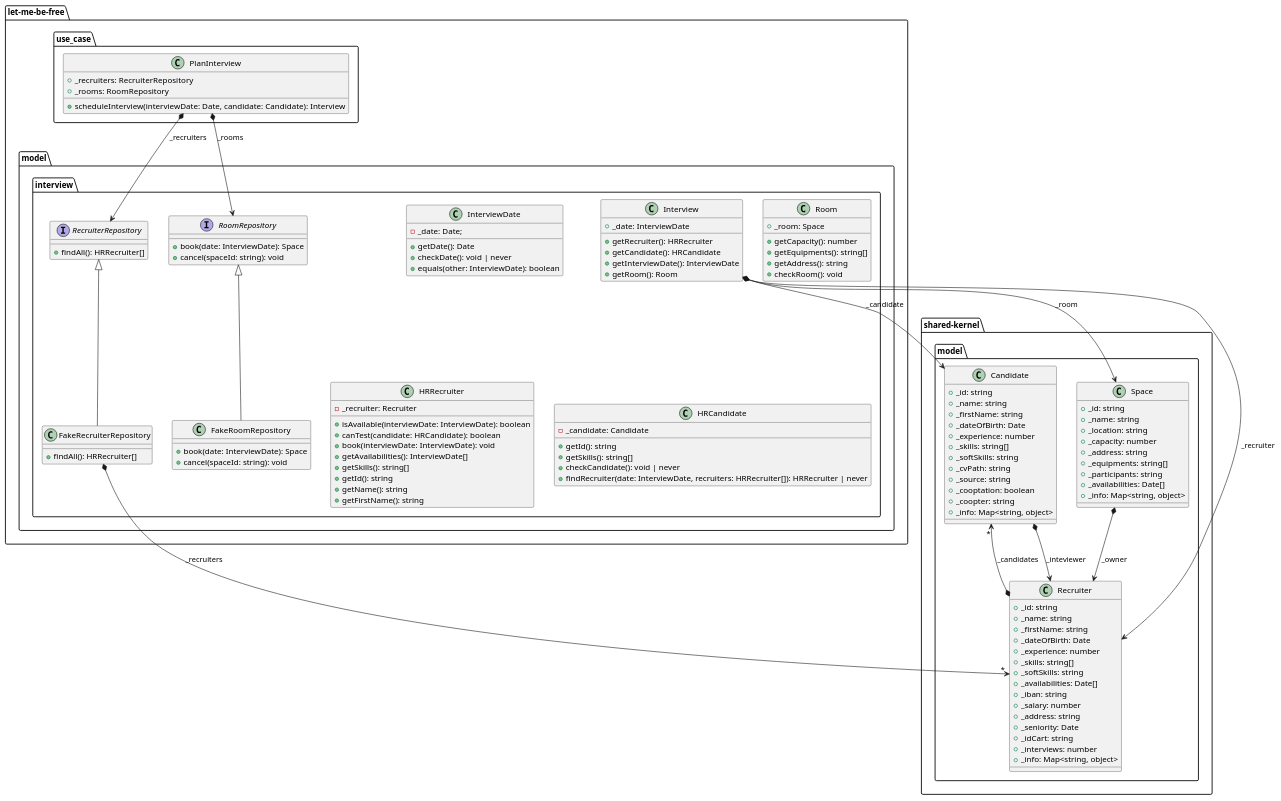
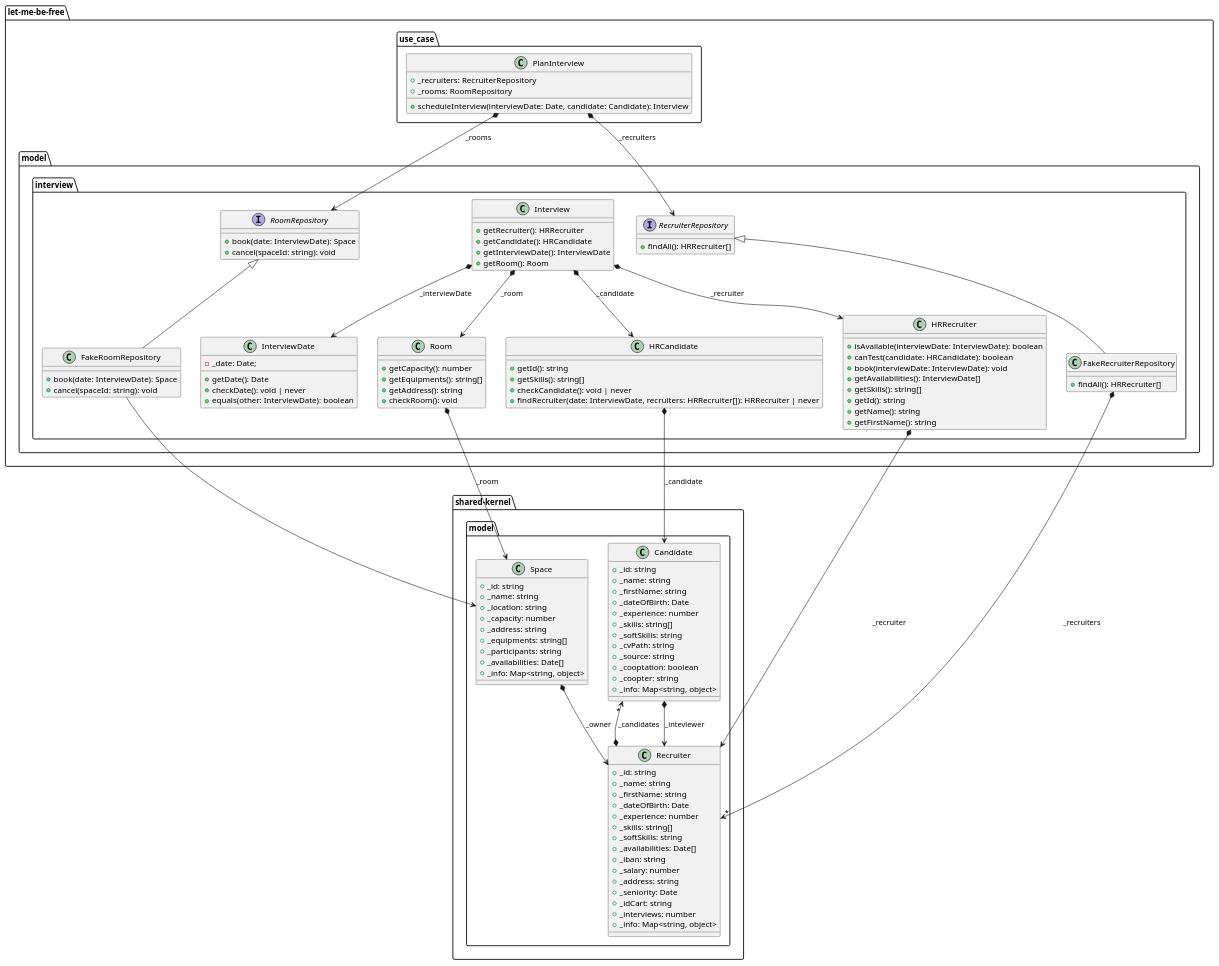
Before and after one commit to jwloka/dddeu22-let-me-be-free-typescript: the diagram in src/domain-model.puml, drawn with PlantUML.

Commit message:
d Update UML Class diagram

```diff
--- a/src/domain-model.puml
+++ b/src/domain-model.puml
@@ -1,133 +1,134 @@
 @startuml name "Domain Model"
 
 package "shared-kernel.model" {
     class Candidate {
         +_id: string
         +_name: string
         +_firstName: string
         +_dateOfBirth: Date
         +_experience: number
         +_skills: string[]
         +_softSkills: string
         +_cvPath: string
         +_source: string
         +_cooptation: boolean
         +_coopter: string
         +_info: Map<string, object>
     }
 
     class Recruiter {
         +_id: string
         +_name: string
         +_firstName: string
         +_dateOfBirth: Date
         +_experience: number
         +_skills: string[]
         +_softSkills: string
         +_availabilities: Date[]
         +_iban: string
         +_salary: number
         +_address: string
         +_seniority: Date
         +_idCart: string
         +_interviews: number
         +_info: Map<string, object>
     }
 
     class Space {
         +_id: string
         +_name: string
         +_location: string
         +_capacity: number
         +_address: string
         +_equipments: string[]
         +_participants: string
         +_availabilities: Date[]
         +_info: Map<string, object>
     }
 
     Space *--> Recruiter : _owner
     Recruiter <--* Candidate : _inteviewer
     Candidate "*" <--* Recruiter : _candidates
 }
 
 package "let-me-be-free.model.interview" {
     interface RecruiterRepository {
         +findAll(): HRRecruiter[]
     }
 
     interface RoomRepository {
         +book(date: InterviewDate): Space
         +cancel(spaceId: string): void
     }
 
     class Interview {
-        +_date: InterviewDate
         + getRecruiter(): HRRecruiter
         + getCandidate(): HRCandidate
         + getInterviewDate(): InterviewDate
         + getRoom(): Room
     }
 
     class InterviewDate {
         -_date: Date;
         + getDate(): Date
         + checkDate(): void | never
         + equals(other: InterviewDate): boolean 
     }
 
     class Room {
-        +_room: Space
         +getCapacity(): number
         +getEquipments(): string[]
         +getAddress(): string
         +checkRoom(): void
     }
 
     class HRRecruiter {
-        -_recruiter: Recruiter
         + isAvailable(interviewDate: InterviewDate): boolean
         + canTest(candidate: HRCandidate): boolean
         + book(interviewDate: InterviewDate): void
         + getAvailabilities(): InterviewDate[]
         + getSkills(): string[]
         + getId(): string
         + getName(): string
         + getFirstName(): string
     }
 
     class HRCandidate {
-        -_candidate: Candidate
         +getId(): string
         +getSkills(): string[]
         +checkCandidate(): void | never
         +findRecruiter(date: InterviewDate, recruiters: HRRecruiter[]): HRRecruiter | never
 
     }
 
     class FakeRoomRepository extends RoomRepository {
         +book(date: InterviewDate): Space
         +cancel(spaceId: string): void
     }
 
     class FakeRecruiterRepository extends RecruiterRepository {
         +findAll(): HRRecruiter[]
     }
 
+    FakeRoomRepository --> Space
     FakeRecruiterRepository *--> "*" Recruiter : _recruiters
-    Interview *--> Recruiter : _recruiter
-    Interview *--> Candidate : _candidate
-    Interview *--> Space : _room
+    HRCandidate *--> Candidate : _candidate
+    HRRecruiter *--> Recruiter : _recruiter
+    Interview *--> InterviewDate : _interviewDate
+    Interview *--> HRRecruiter : _recruiter
+    Interview *--> HRCandidate : _candidate
+    Interview *--> Room : _room
+    Room *--> Space : _room
 }
 
 package "let-me-be-free.use_case" {
     class PlanInterview {
         +_recruiters: RecruiterRepository
         +_rooms: RoomRepository
         +scheduleInterview(interviewDate: Date, candidate: Candidate): Interview
     }
 
     PlanInterview *--> RecruiterRepository : _recruiters
     PlanInterview *--> RoomRepository : _rooms
 }
 @enduml
```
